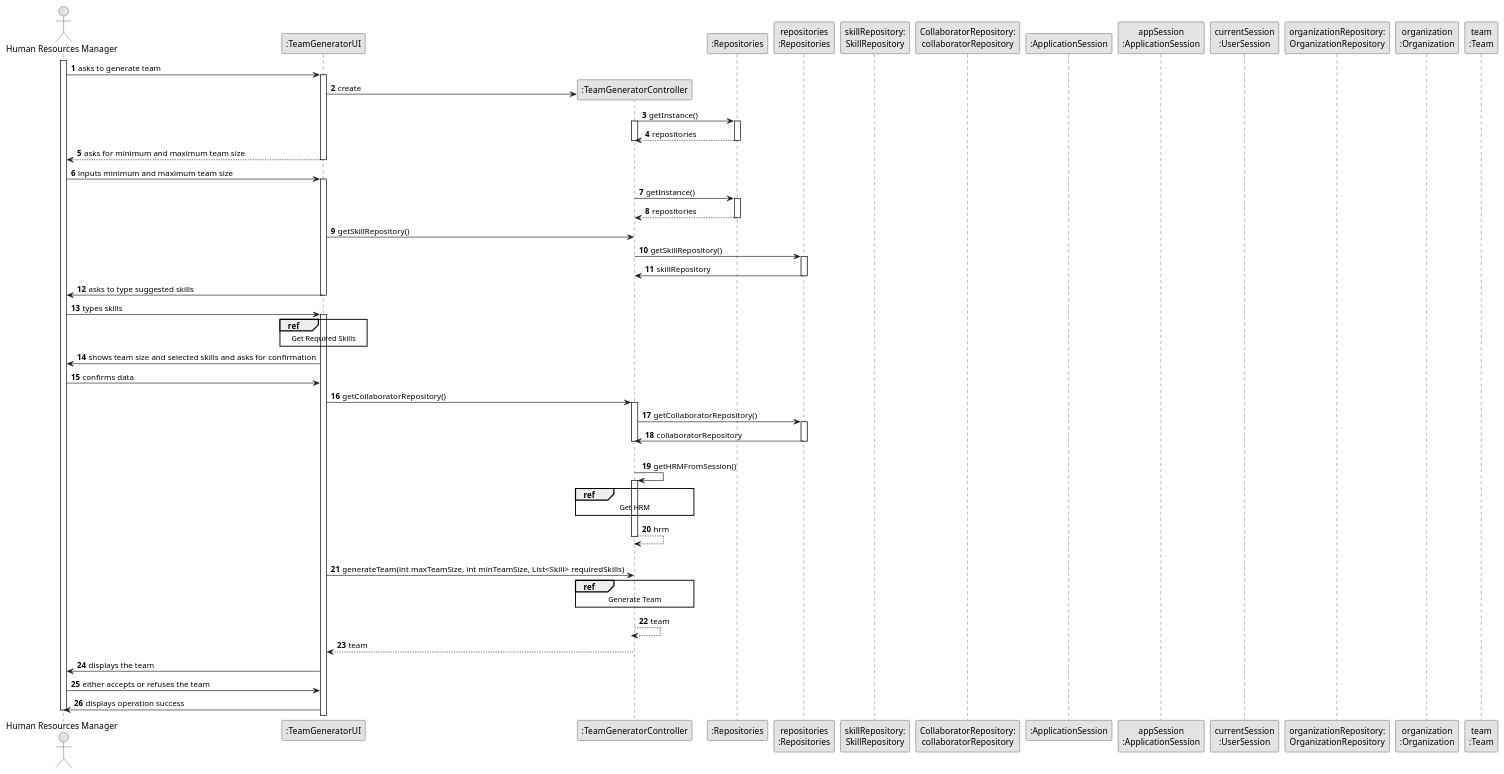
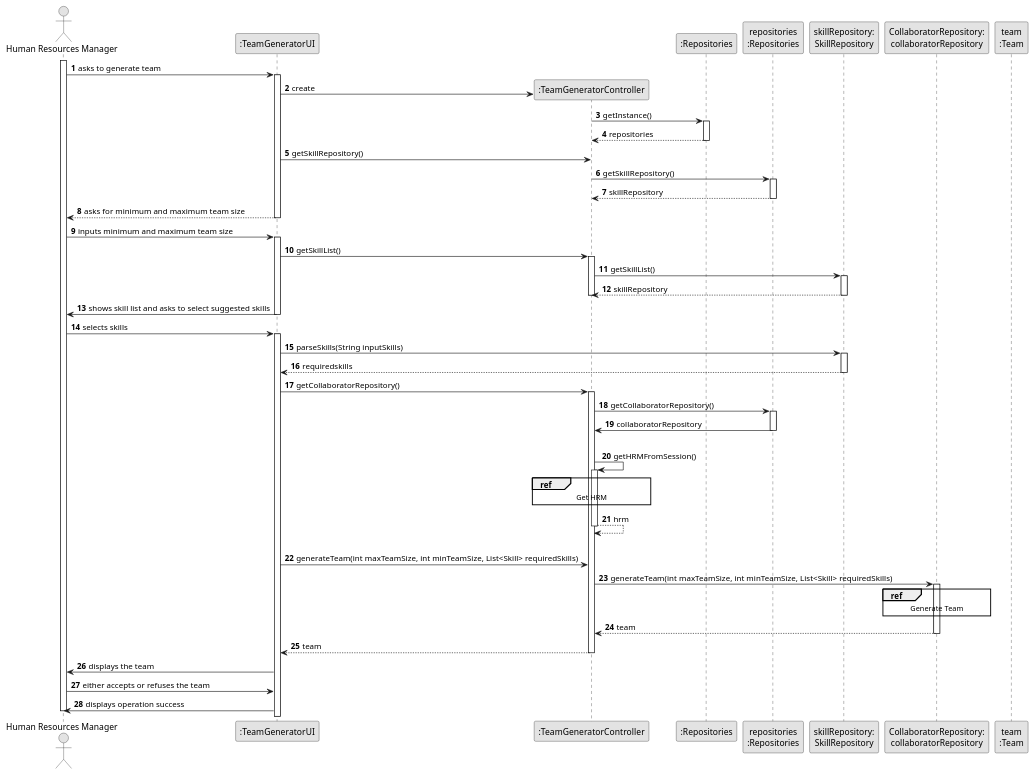
One commit to tiagosoa/lei-24-s2-1dgh-g073 changed the diagram in docs/sprint3/us005/03.design/puml/us005-sequence-diagram-split.puml. Above: the diagram before and after it, drawn with PlantUML. The commit also changed 21 other files, not shown here.

```diff
--- a/docs/sprint3/us005/03.design/puml/us005-sequence-diagram-split.puml
+++ b/docs/sprint3/us005/03.design/puml/us005-sequence-diagram-split.puml
@@ -1,121 +1,120 @@
 @startuml
 skinparam monochrome true
 skinparam packageStyle rectangle
 skinparam shadowing false
 
 autonumber
 
 'hide footbox
 actor "Human Resources Manager" as ADM
 participant ":TeamGeneratorUI" as UI
 participant ":TeamGeneratorController" as CTRL
 participant ":Repositories" as RepositorySingleton
 participant "repositories\n:Repositories" as PLAT
 participant "skillRepository:\nSkillRepository" as SR
 participant "CollaboratorRepository:\ncollaboratorRepository" as CR
-participant ":ApplicationSession" as _APP
-participant "appSession\n:ApplicationSession" as APP
-participant "currentSession\n:UserSession" as SESSAO
-participant "organizationRepository:\nOrganizationRepository" as OrganizationRepository
-participant "organization\n:Organization" as ORG
 participant "team\n:Team" as EQUIPA
 
 activate ADM
 
         ADM -> UI : asks to generate team
 
         activate UI
 
 '            UI --> ADM : requests data (reference, description,  informal \n description, technical description, duration, cost)
             'create CTRL
             UI -> CTRL** : create
 
-                CTRL -> RepositorySingleton : getInstance()
-                activate CTRL
-                activate RepositorySingleton
-
-                    RepositorySingleton --> CTRL: repositories
-                deactivate RepositorySingleton
-                deactivate CTRL
-
-            UI --> ADM : asks for minimum and maximum team size
-        deactivate UI
-
-    ADM -> UI : inputs minimum and maximum team size
-    activate UI
 
                         CTRL -> RepositorySingleton : getInstance()
                         activate RepositorySingleton
 
                             RepositorySingleton --> CTRL: repositories
                         deactivate RepositorySingleton
 
 
         UI -> CTRL : getSkillRepository()
 
         CTRL -> PLAT : getSkillRepository()
                 activate PLAT
 
-            PLAT -> CTRL : skillRepository
+            PLAT --> CTRL : skillRepository
             deactivate PLAT
-    UI -> ADM : asks to type suggested skills
+
+            UI --> ADM : asks for minimum and maximum team size
+        deactivate UI
+
+    ADM -> UI : inputs minimum and maximum team size
+    activate UI
+
+    UI -> CTRL : getSkillList()
+    activate CTRL
+
+            CTRL -> SR : getSkillList()
+                    activate SR
+
+                SR --> CTRL : skillRepository
+                deactivate SR
+                deactivate CTRL
+
+
+
+    UI -> ADM : shows skill list and asks to select suggested skills
     deactivate UI
 
-    ADM -> UI : types skills
+    ADM -> UI : selects skills
     activate UI
 
-ref over UI
-Get Required Skills
-end
-
-    UI -> ADM : shows team size and selected skills and asks for confirmation
-
-    ADM -> UI : confirms data
-
+    UI -> SR : parseSkills(String inputSkills)
+    activate SR
+    SR --> UI : requiredskills
+    deactivate SR
 
 
 
           UI -> CTRL : getCollaboratorRepository()
           activate CTRL
 
 
             CTRL -> PLAT : getCollaboratorRepository()
                 activate PLAT
 
             PLAT -> CTRL : collaboratorRepository
             deactivate PLAT
-            deactivate CTRL
 
 
 
             |||
             CTRL -> CTRL : getHRMFromSession()
             activate CTRL
 
-                ref over CTRL
-                Get HRM
-                end
+            ref over CTRL
+            Get HRM
+            end
+
 
                 CTRL --> CTRL : hrm
             deactivate CTRL
 
             |||
             UI -> CTRL: generateTeam(int maxTeamSize, int minTeamSize, List<Skill> requiredSkills)
+            CTRL -> CR: generateTeam(int maxTeamSize, int minTeamSize, List<Skill> requiredSkills)
+            activate CR
 
-
-                ref over CTRL
+                ref over CR
                 Generate Team
                 end
-            CTRL --> CTRL: team
-            deactivate CTRL
+
+            CR --> CTRL: team
+            deactivate CR
 
                         CTRL --> UI: team
                         deactivate CTRL
 
             UI -> ADM: displays the team
             ADM -> UI: either accepts or refuses the team
             UI -> ADM: displays operation success
 
 deactivate ADM
 
 @enduml
```
